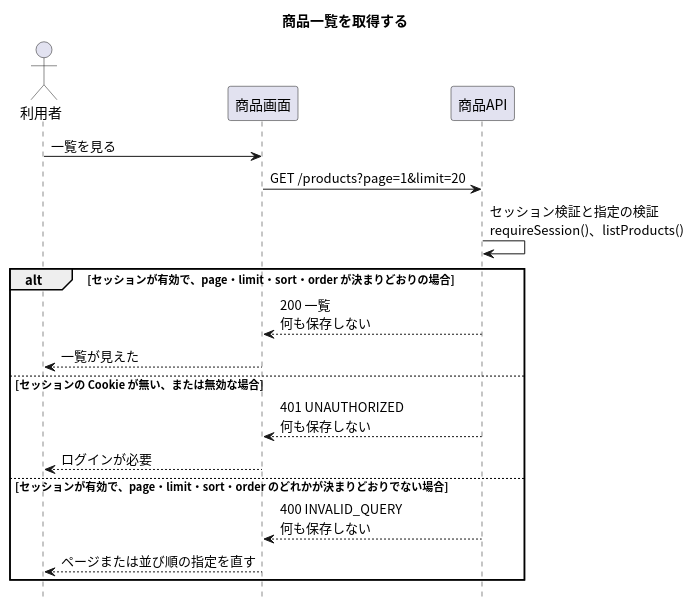
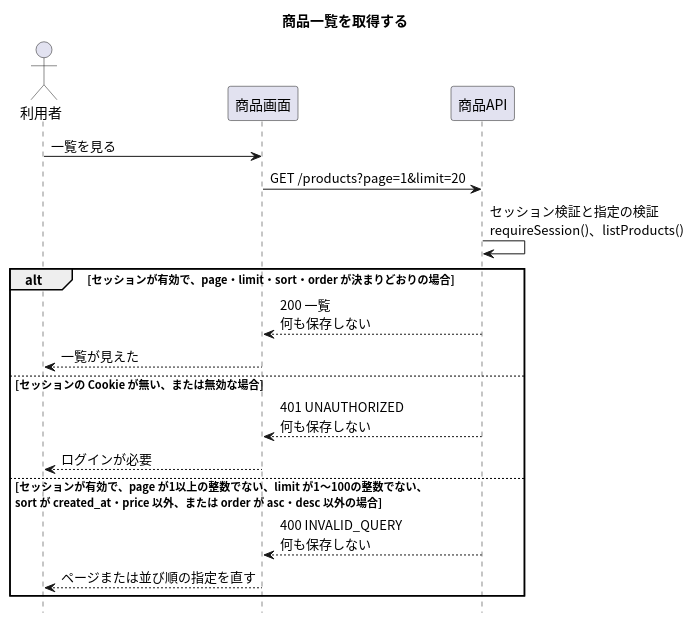
The diagram in apis/list-products/入口.puml (masamasamasato/design-doc-template), drawn with PlantUML before and after one commit. The commit also changed 34 other files, not shown here.

```diff
--- a/apis/list-products/入口.puml
+++ b/apis/list-products/入口.puml
@@ -1,27 +1,27 @@
 @startuml
 skinparam shadowing false
 skinparam defaultFontName "Noto Sans CJK JP"
 skinparam SequenceFontName "Noto Sans CJK JP"
 skinparam NoteBackgroundColor #FFFFCC
 hide footbox
 
 title 商品一覧を取得する
 
 actor "利用者" as User
 participant "商品画面" as Screen
 participant "商品API" as API
 
 User -> Screen : 一覧を見る
 Screen -> API : GET /products?page=1&limit=20
 API -> API : セッション検証と指定の検証\nrequireSession()、listProducts()
 alt セッションが有効で、page・limit・sort・order が決まりどおりの場合
   API --> Screen : 200 一覧\n何も保存しない
   Screen --> User : 一覧が見えた
 else セッションの Cookie が無い、または無効な場合
   API --> Screen : 401 UNAUTHORIZED\n何も保存しない
   Screen --> User : ログインが必要
-else セッションが有効で、page・limit・sort・order のどれかが決まりどおりでない場合
+else セッションが有効で、page が1以上の整数でない、limit が1〜100の整数でない、\nsort が created_at・price 以外、または order が asc・desc 以外の場合
   API --> Screen : 400 INVALID_QUERY\n何も保存しない
   Screen --> User : ページまたは並び順の指定を直す
 end
 @enduml
```
